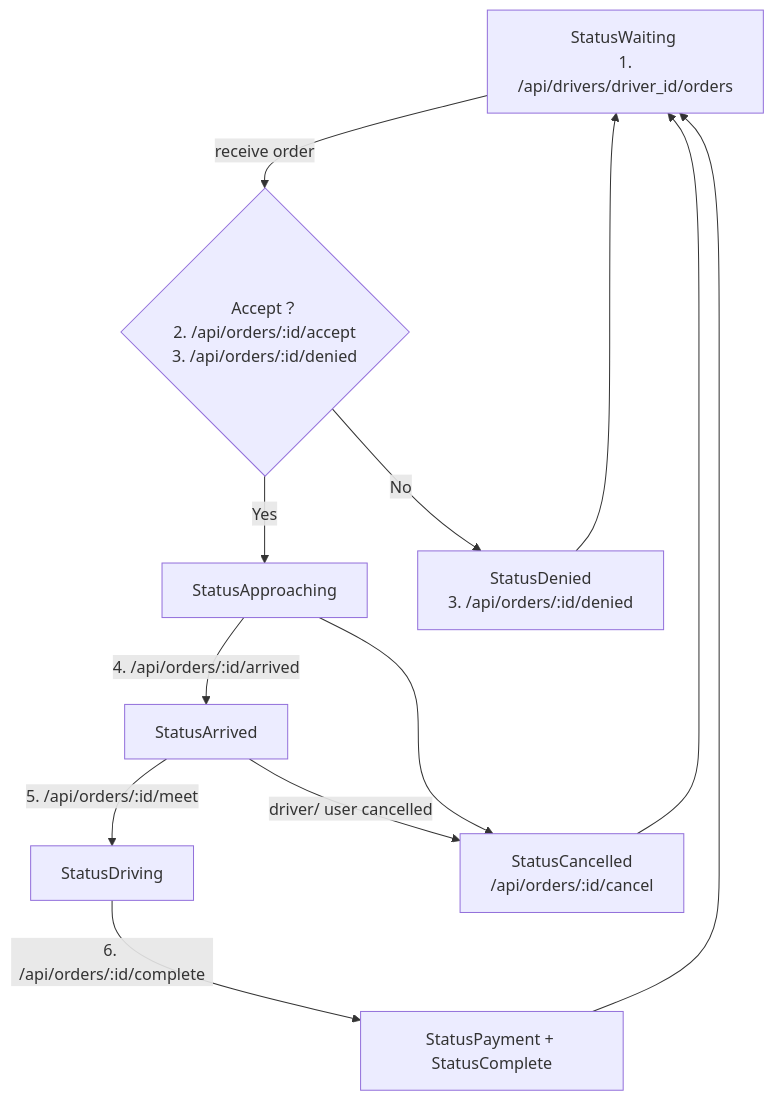
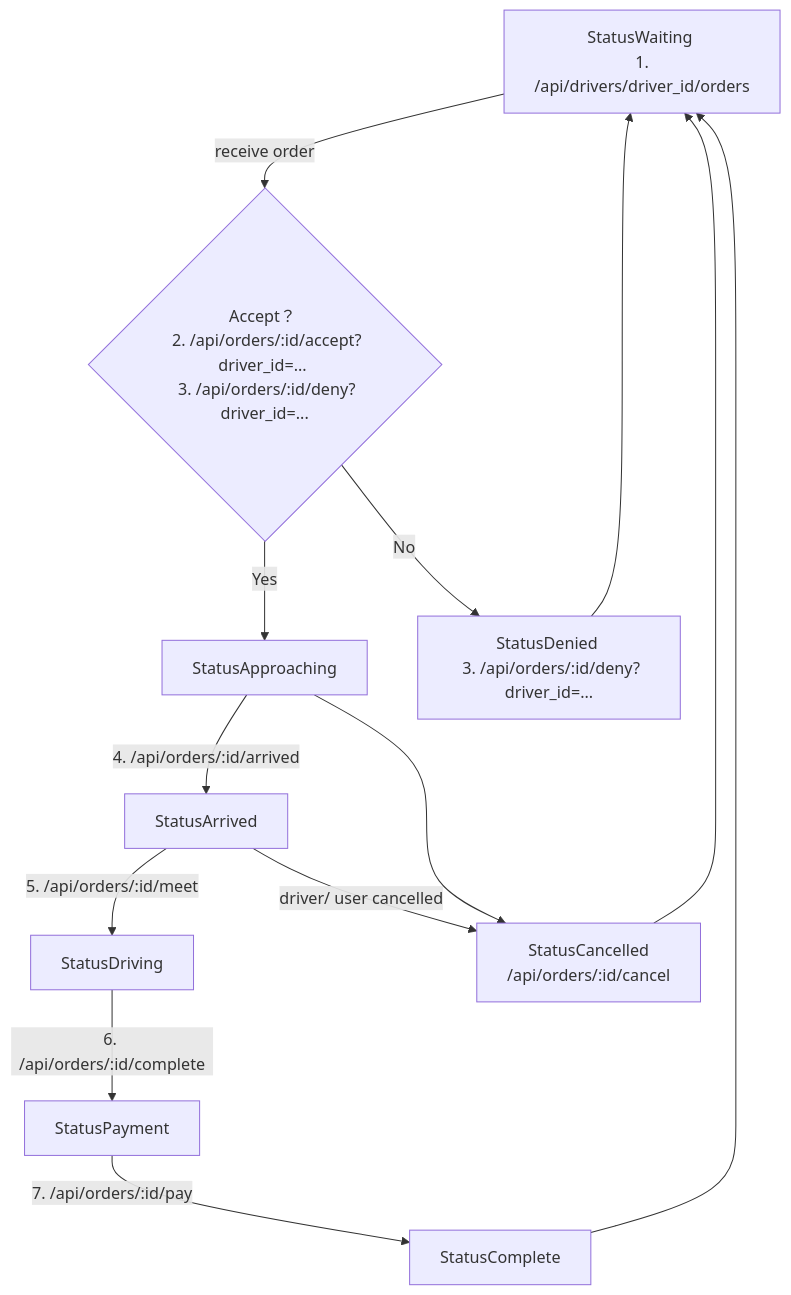
One commit to fweilun/Ark changed the third of 3 diagrams in docs/orderflow.md. Above: the diagram before and after it, drawn with Mermaid. The commit also changed other lines of this file and 11 other files, not shown here.

Commit message:
update order workflow to support driver, user

````diff
--- a/docs/orderflow.md
+++ b/docs/orderflow.md
@@ -154,17 +155,18 @@
 ```mermaid
 flowchart TB
-    Idle[StatusWaiting <br> 1. /api/drivers/driver_id/orders] -->|receive order| Accept{Accept？ <br> 2. /api/orders/:id/accept <br> 3. /api/orders/:id/denied}
+    Idle[StatusWaiting <br> 1. /api/drivers/driver_id/orders] -->|receive order| Accept{Accept？ <br> 2. /api/orders/:id/accept?driver_id=... <br> 3. /api/orders/:id/deny?driver_id=...}
     Accept -- Yes --> Going[StatusApproaching]
-    Accept -- No --> Denied[StatusDenied <br> 3. /api/orders/:id/denied]
+    Accept -- No --> Denied[StatusDenied <br> 3. /api/orders/:id/deny?driver_id=...]
     Denied --> Idle
 
     Going --> |4. /api/orders/:id/arrived| Arrived[StatusArrived]
     Arrived --> |5. /api/orders/:id/meet| Driving[StatusDriving]
-    Driving --> |6. /api/orders/:id/complete| Complete[StatusPayment + StatusComplete]
-    Complete --> Idle
+    Driving --> |6. /api/orders/:id/complete| Complete[StatusPayment]
+    Complete --> |7. /api/orders/:id/pay| Done[StatusComplete]
+    Done --> Idle
 
     Arrived -->|driver/ user cancelled| Cancelled
     Going --> Cancelled[StatusCancelled <br> /api/orders/:id/cancel]
     Cancelled --> Idle
 
 ```
````
